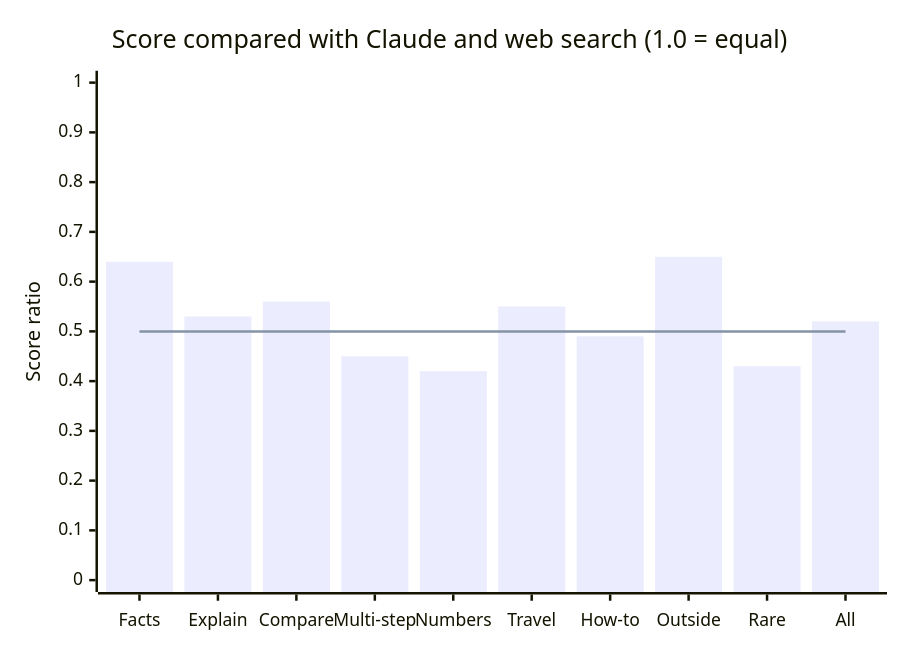
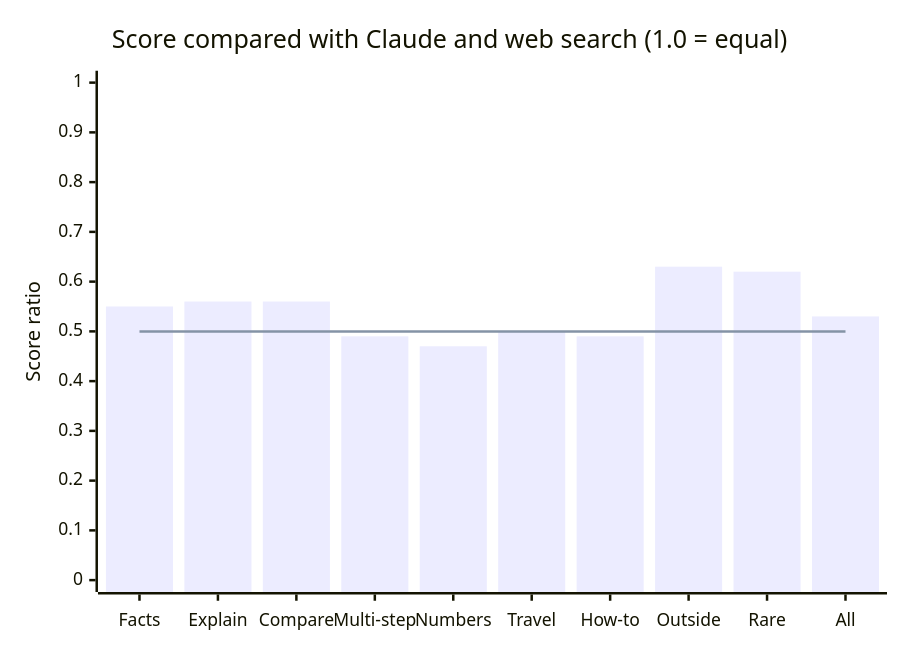
One commit to 0xPD33/commonplace changed the fourth of 7 diagrams in README.md. Above: the diagram before and after it, drawn with Mermaid. The commit also changed other lines of this file and 10 other files, not shown here.

````diff
--- a/README.md
+++ b/README.md
@@ -109,8 +109,8 @@
 ```mermaid
 xychart-beta
   title "Score compared with Claude and web search (1.0 = equal)"
   x-axis ["Facts", "Explain", "Compare", "Multi-step", "Numbers", "Travel", "How-to", "Outside", "Rare", "All"]
   y-axis "Score ratio" 0 --> 1
-  bar [0.64, 0.53, 0.56, 0.45, 0.42, 0.55, 0.49, 0.65, 0.43, 0.52]
+  bar [0.55, 0.56, 0.56, 0.49, 0.47, 0.50, 0.49, 0.63, 0.62, 0.53]
   line [0.5, 0.5, 0.5, 0.5, 0.5, 0.5, 0.5, 0.5, 0.5, 0.5]
 ```
````
